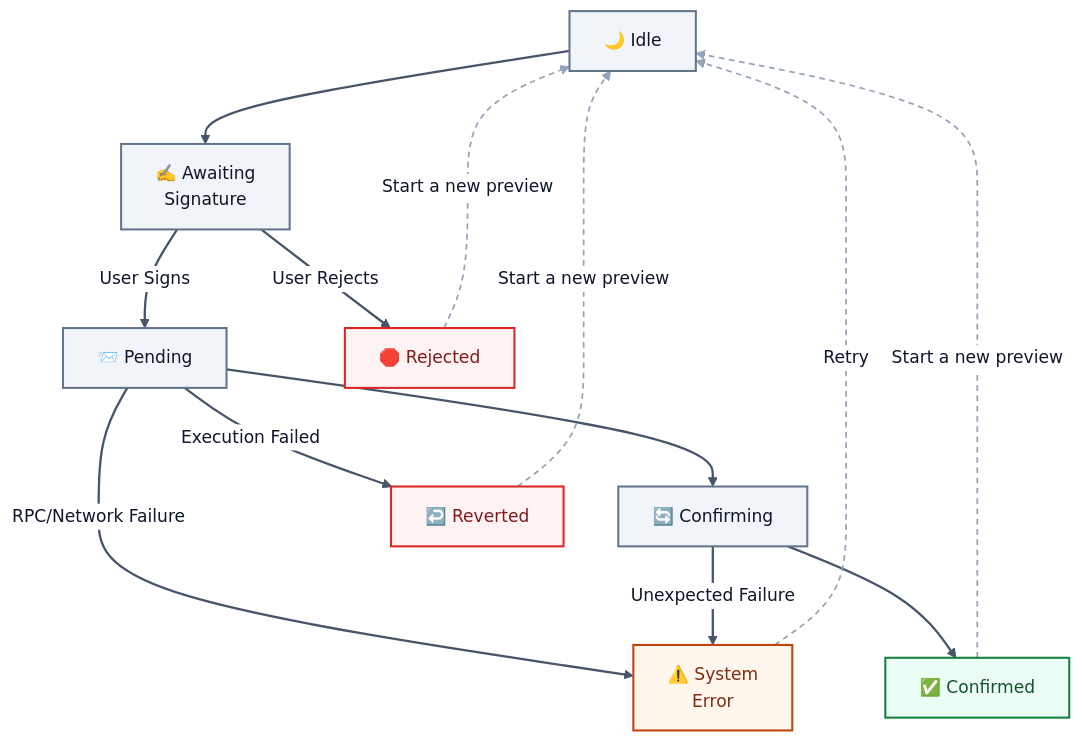
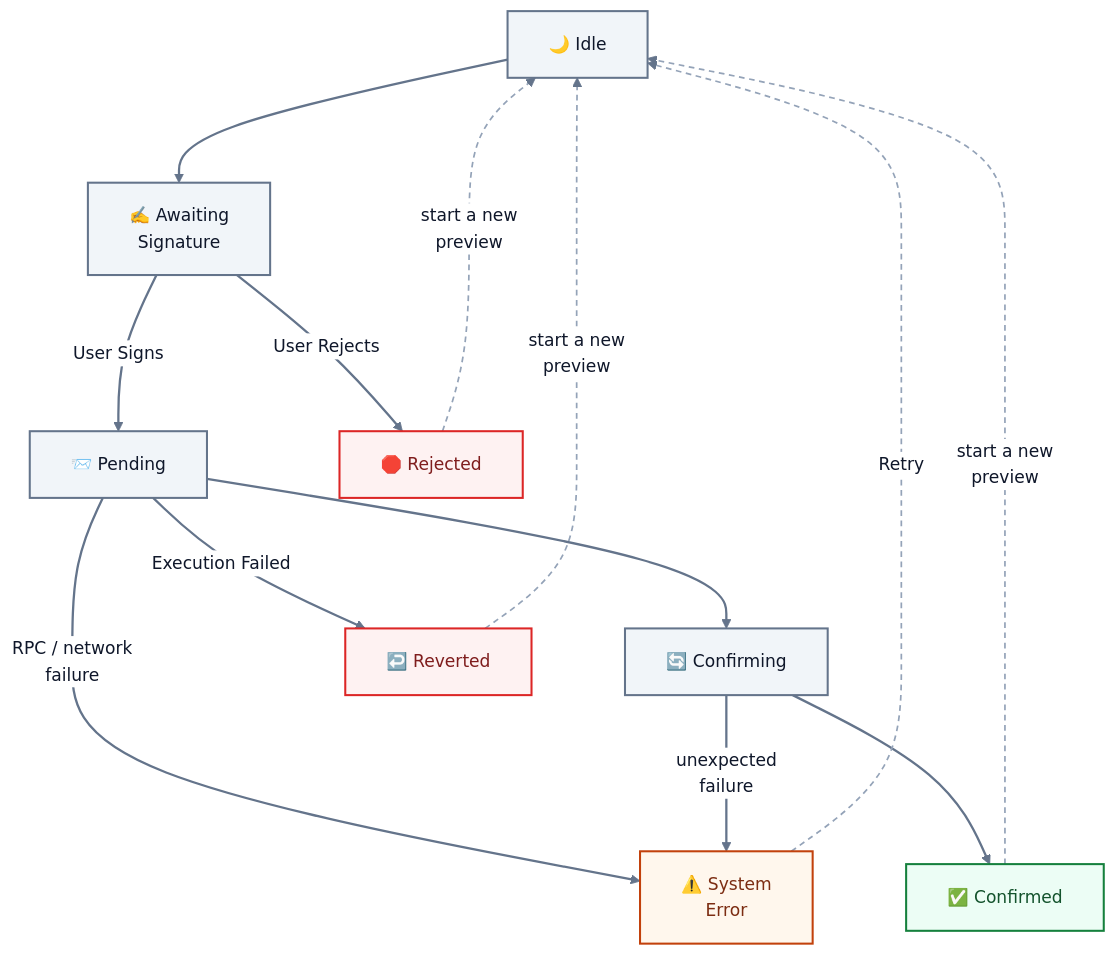
The third of 8 diagrams in README.md (sunshineluyao/Moss-Mcp-Transaction), drawn with Mermaid before and after one commit. The commit also changed other lines of this file, not shown here.

Commit message:
Polish Mermaid chart readability

````diff
--- a/README.md
+++ b/README.md
@@ -333,30 +333,30 @@
 ```mermaid
-%%{init: {'theme':'base','flowchart': {'htmlLabels': true, 'nodeSpacing': 48, 'rankSpacing': 64, 'curve': 'basis'},'themeVariables': {'fontFamily':'Inter, Segoe UI, sans-serif','fontSize':'15px','primaryTextColor':'#0f172a','lineColor':'#475569','clusterBkg':'#f8fafc','clusterBorder':'#cbd5e1','edgeLabelBackground':'#ffffff'}}}%%
+%%{init: {'theme':'base','flowchart': {'htmlLabels': true, 'nodeSpacing': 72, 'rankSpacing': 92, 'curve': 'basis', 'padding': 18},'themeVariables': {'fontFamily':'Inter, Segoe UI, sans-serif','fontSize':'15px','primaryTextColor':'#0f172a','lineColor':'#64748b','clusterBkg':'#f8fafc','clusterBorder':'#cbd5e1','edgeLabelBackground':'#ffffff','primaryBorderColor':'#2563eb','primaryColor':'#eff6ff'}}}%%
 flowchart TB
   Idle["🌙 Idle"] --> Awaiting["✍️ Awaiting<br/>Signature"]
   Awaiting -->|User Signs| Pending["📨 Pending"]
   Awaiting -->|User Rejects| Rejected["🛑 Rejected"]
 
   Pending --> Confirming["🔄 Confirming"]
   Confirming --> Confirmed["✅ Confirmed"]
   Pending -->|Execution Failed| Reverted["↩️ Reverted"]
-  Pending -->|RPC/Network Failure| SystemError["⚠️ System<br/>Error"]
-  Confirming -->|Unexpected Failure| SystemError
+  Pending -->|RPC / network<br/>failure| SystemError["⚠️ System<br/>Error"]
+  Confirming -->|unexpected<br/>failure| SystemError
 
-  Rejected -.->|Start a new preview| Idle
-  Reverted -.->|Start a new preview| Idle
+  Rejected -.->|start a new<br/>preview| Idle
+  Reverted -.->|start a new<br/>preview| Idle
   SystemError -.->|Retry| Idle
-  Confirmed -.->|Start a new preview| Idle
+  Confirmed -.->|start a new<br/>preview| Idle
 
   classDef neutral fill:#f1f5f9,stroke:#64748b,stroke-width:1.8px,color:#0f172a;
   classDef success fill:#ecfdf5,stroke:#15803d,stroke-width:1.8px,color:#14532d;
   classDef danger fill:#fef2f2,stroke:#dc2626,stroke-width:1.8px,color:#7f1d1d;
   classDef warn fill:#fff7ed,stroke:#c2410c,stroke-width:1.8px,color:#7c2d12;
 
   class Idle,Awaiting,Pending,Confirming neutral;
   class Confirmed success;
   class Rejected,Reverted danger;
   class SystemError warn;
   linkStyle 8,9,10,11 stroke:#94a3b8,stroke-width:1.5px,stroke-dasharray:5 4;
-  linkStyle default stroke-width:2px;
+  linkStyle default stroke:#64748b,stroke-width:2px;
 ```
````
